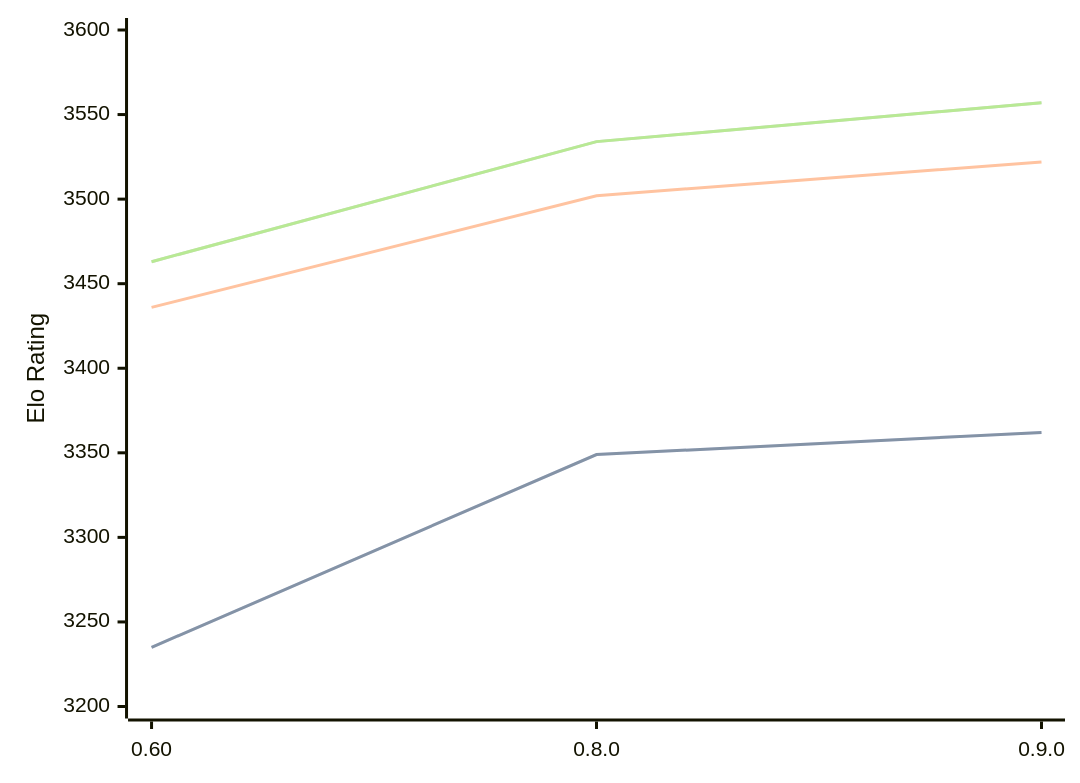
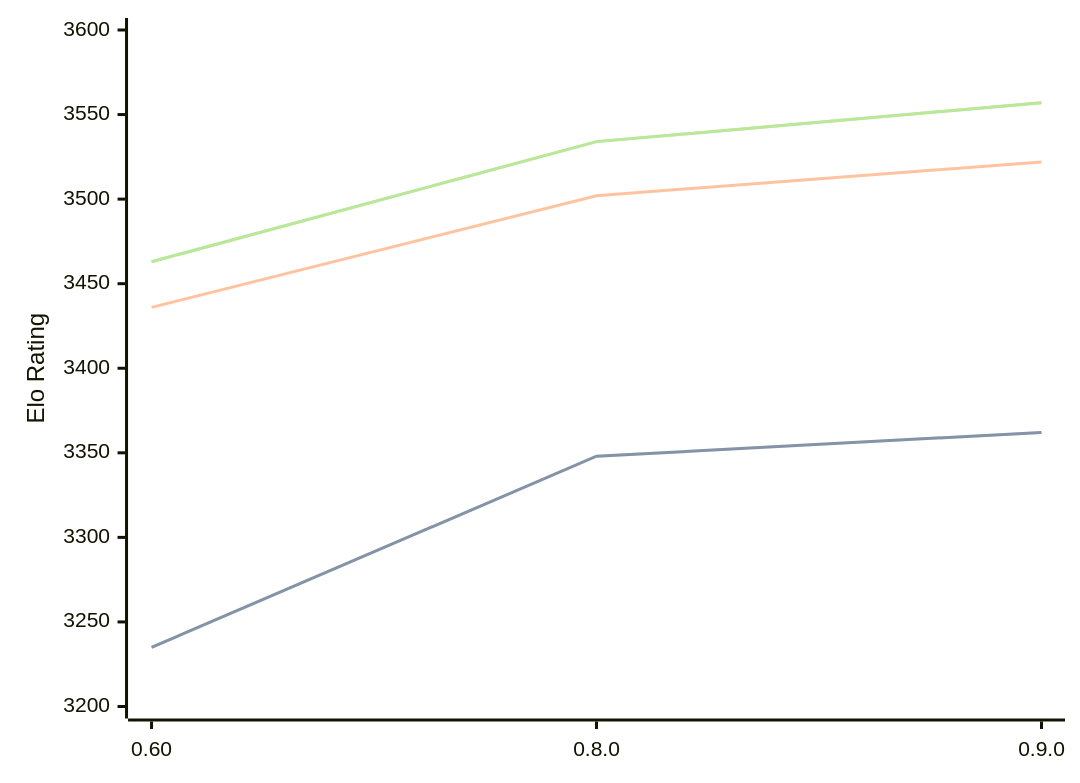
Before and after one commit to computer-chess-index/cci: the diagram in engines/Motor.md, drawn with Mermaid. The commit also changed other lines of this file, not shown here.

````diff
--- a/engines/Motor.md
+++ b/engines/Motor.md
@@ -39,11 +39,11 @@
 ```mermaid
 %%{init: {"theme":"base","themeVariables":{"seriesColors:['#a3a3a3','#222221','#faa371']}}}%%
 xychart-beta
   x-axis ["0.60", "0.8.0", "0.9.0"]
   y-axis "Elo Rating" 3200 --> 3600
-  line "STC (8.0+0.08s)" [3235, 3349, 3362]
-  line "STC (8.0+0.08s)" [3235, 3349, 3362]
+  line "STC (8.0+0.08s)" [3235, 3348, 3362]
+  line "STC (8.0+0.08s)" [3235, 3348, 3362]
   line "LTC (60.0+0.60s)" [3436, 3502, 3522]
   line "VLTC (2m24s+1.12s)" [3463, 3534, 3557]
   line "VLTC (2m24s+1.12s)" [3463, 3534, 3557]
 ```
````
